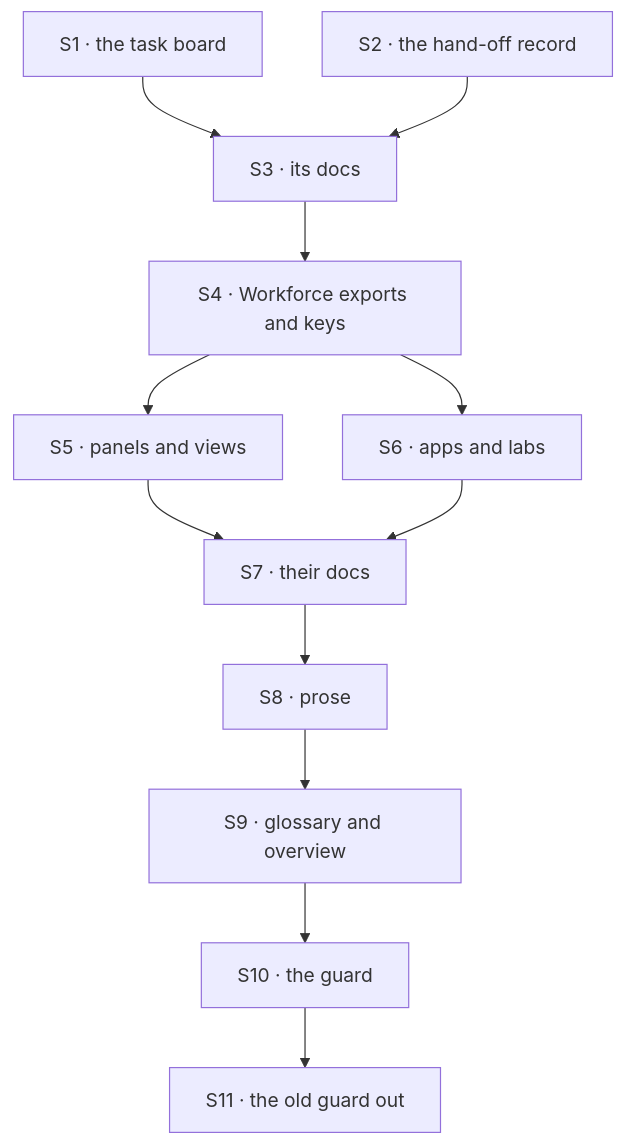
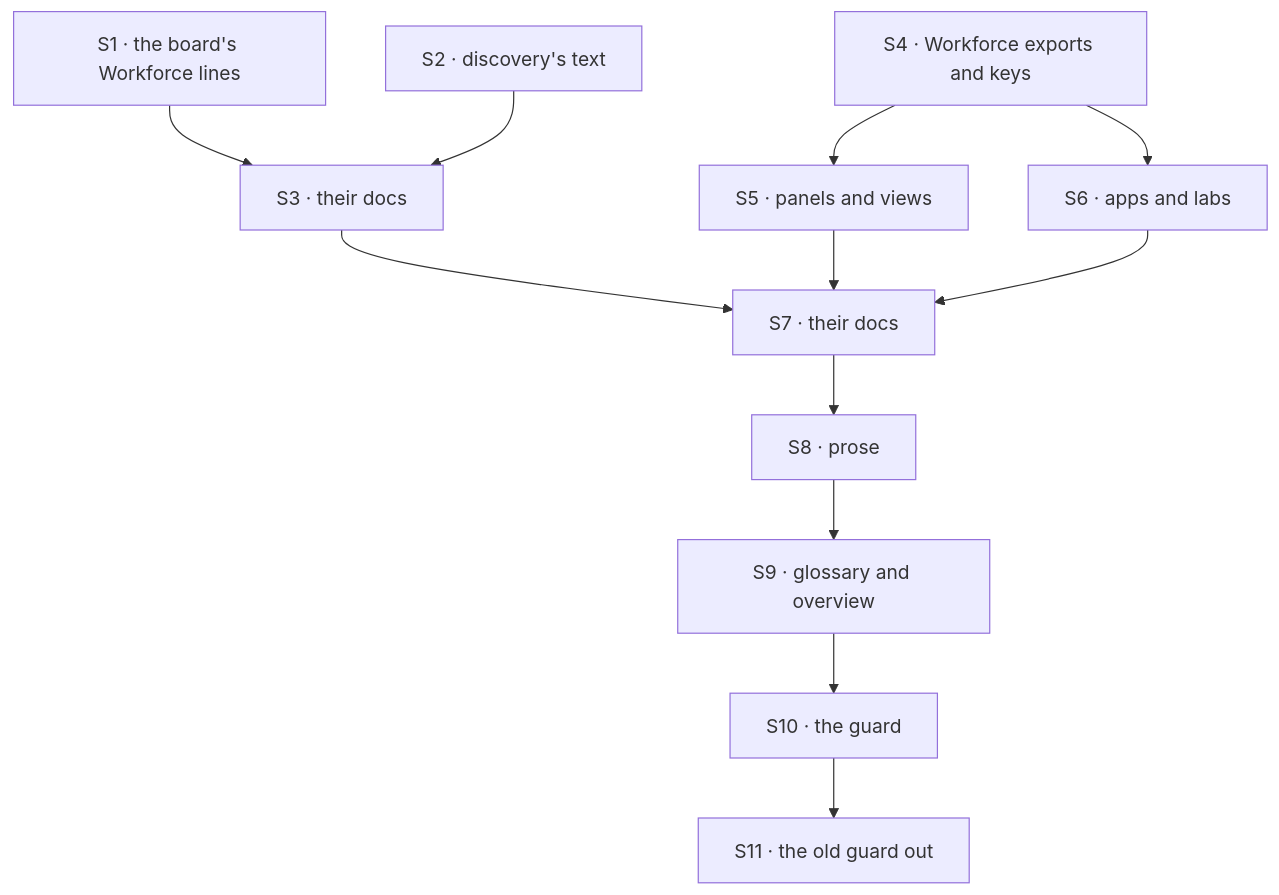
The diagram in specs/issues/FIX-1796/PLAN.md (fixpoint-labs/flow-state-dev), drawn with Mermaid before and after one commit. The commit also changed other lines of this file and 9 other files, not shown here.

````diff
--- a/specs/issues/FIX-1796/PLAN.md
+++ b/specs/issues/FIX-1796/PLAN.md
@@ -28,14 +28,15 @@
 ```mermaid
 flowchart TD
-  S1["S1 · the task board"] --> S3["S3 · its docs"]
-  S2["S2 · the hand-off record"] --> S3
-  S3 --> S4["S4 · Workforce exports and keys"]
+  S1["S1 · the board's Workforce lines"] --> S3["S3 · their docs"]
+  S2["S2 · discovery's text"] --> S3
+  S3 --> S7
+  S4["S4 · Workforce exports and keys"]
   S4 --> S5["S5 · panels and views"]
   S4 --> S6["S6 · apps and labs"]
   S5 --> S7["S7 · their docs"]
   S6 --> S7
   S7 --> S8["S8 · prose"]
   S8 --> S9["S9 · glossary and overview"]
   S9 --> S10["S10 · the guard"]
   S10 --> S11["S11 · the old guard out"]
 ```
````
